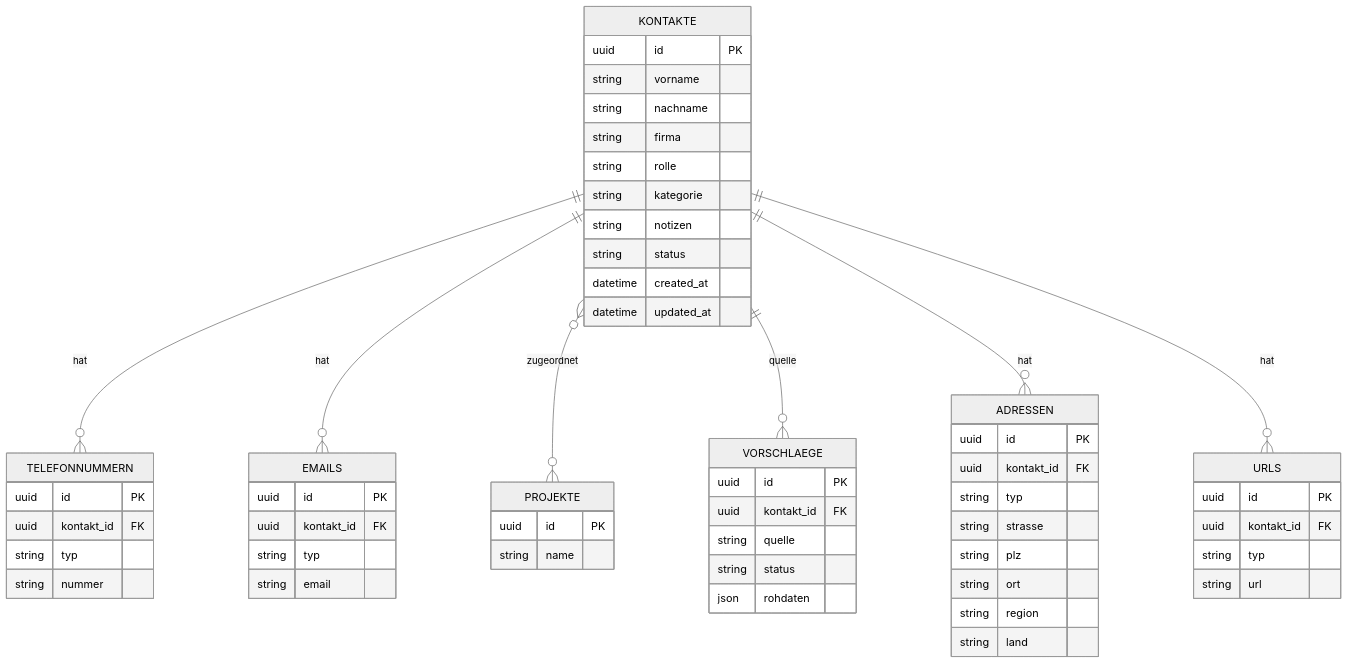
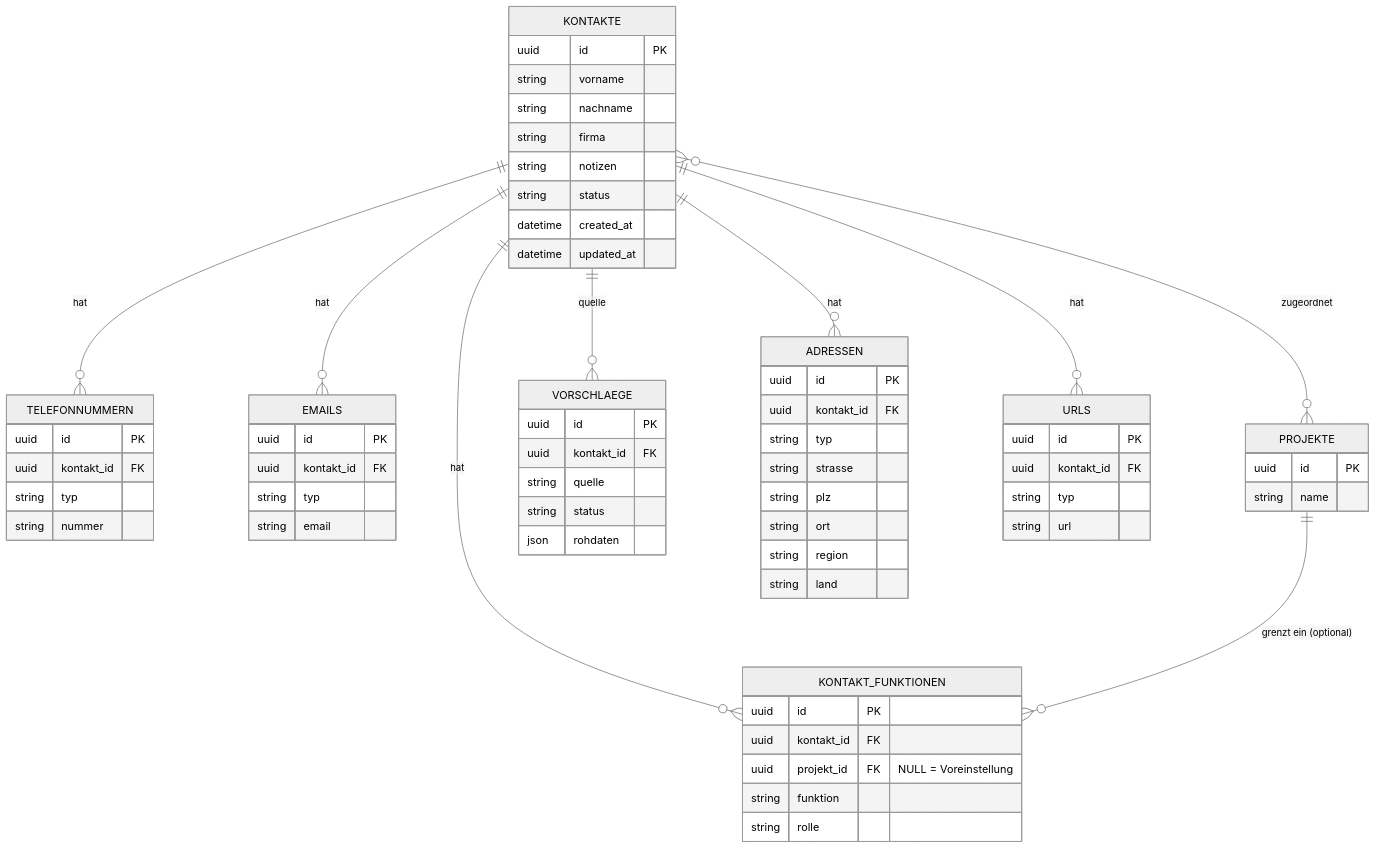
The second of 2 diagrams in docs/konzept.md (inderfab/rubrica), drawn with Mermaid (neutral theme) before and after one commit. The commit also changed other lines of this file and 26 other files, not shown here.

First line of the commit message:
Version 1.28.0 - Mehrere Funktion/Rolle-Paare je Kontakt (Etappe 1)

````diff
--- a/docs/konzept.md
+++ b/docs/konzept.md
@@ -47,60 +47,67 @@
 ```mermaid
 erDiagram
     KONTAKTE ||--o{ TELEFONNUMMERN : hat
     KONTAKTE ||--o{ EMAILS : hat
     KONTAKTE }o--o{ PROJEKTE : zugeordnet
     KONTAKTE ||--o{ VORSCHLAEGE : quelle
     KONTAKTE ||--o{ ADRESSEN : hat
     KONTAKTE ||--o{ URLS : hat
+    KONTAKTE ||--o{ KONTAKT_FUNKTIONEN : hat
+    PROJEKTE ||--o{ KONTAKT_FUNKTIONEN : "grenzt ein (optional)"
     KONTAKTE {
         uuid id PK
         string vorname
         string nachname
         string firma
-        string rolle
-        string kategorie
         string notizen
         string status
         datetime created_at
         datetime updated_at
     }
     TELEFONNUMMERN {
         uuid id PK
         uuid kontakt_id FK
         string typ
         string nummer
     }
     EMAILS {
         uuid id PK
         uuid kontakt_id FK
         string typ
         string email
     }
     ADRESSEN {
         uuid id PK
         uuid kontakt_id FK
         string typ
         string strasse
         string plz
         string ort
         string region
         string land
     }
     URLS {
         uuid id PK
         uuid kontakt_id FK
         string typ
         string url
     }
+    KONTAKT_FUNKTIONEN {
+        uuid id PK
+        uuid kontakt_id FK
+        uuid projekt_id FK "NULL = Voreinstellung"
+        string funktion
+        string rolle
+    }
     PROJEKTE {
         uuid id PK
         string name
     }
     VORSCHLAEGE {
         uuid id PK
         uuid kontakt_id FK
         string quelle
         string status
         json rohdaten
     }
 ```
````
